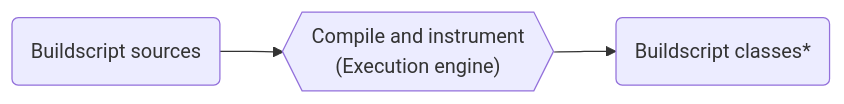
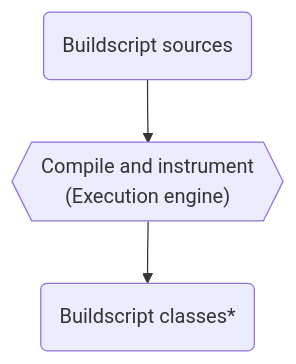
Before and after one commit to gradle/gradle: the sixth of 7 diagrams in platforms/core-runtime/INSTRUMENTATION.md, drawn with Mermaid. The commit also changed other lines of this file, not shown here.

````diff
--- a/platforms/core-runtime/INSTRUMENTATION.md
+++ b/platforms/core-runtime/INSTRUMENTATION.md
@@ -375,8 +400,8 @@
 ```mermaid
-flowchart LR
+flowchart TB
     sources(Buildscript sources)
     compileAndInstrument{{"Compile and instrument\n(Execution engine)"}}
     classes(Buildscript classes*)
     
     sources --> compileAndInstrument --> classes
 ```
````
